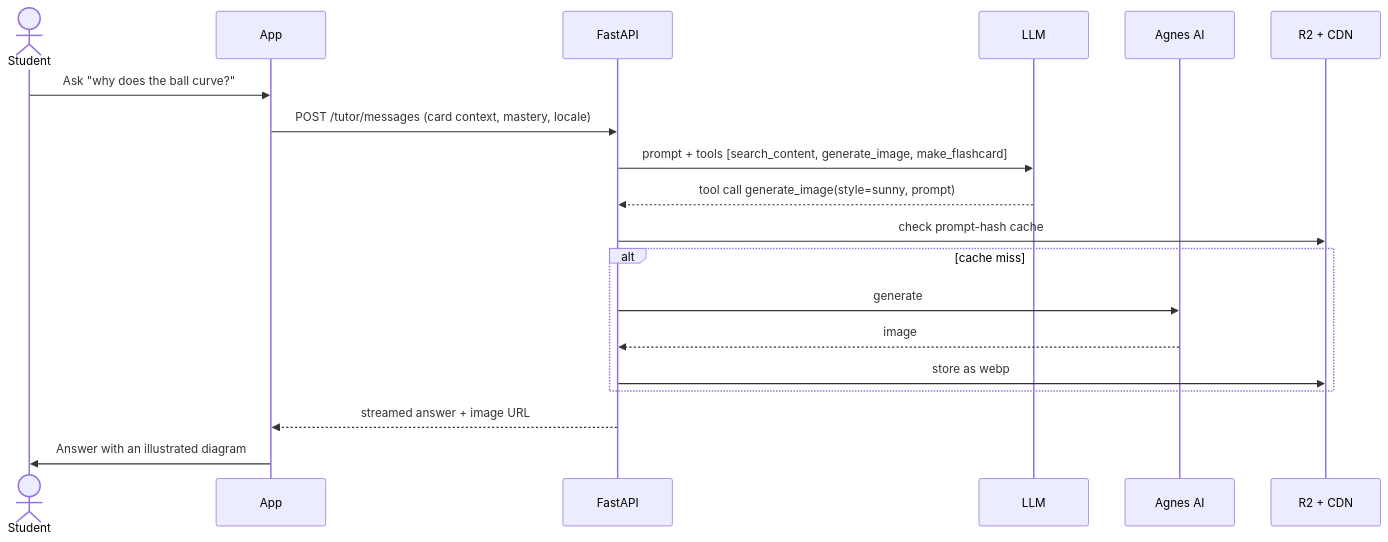
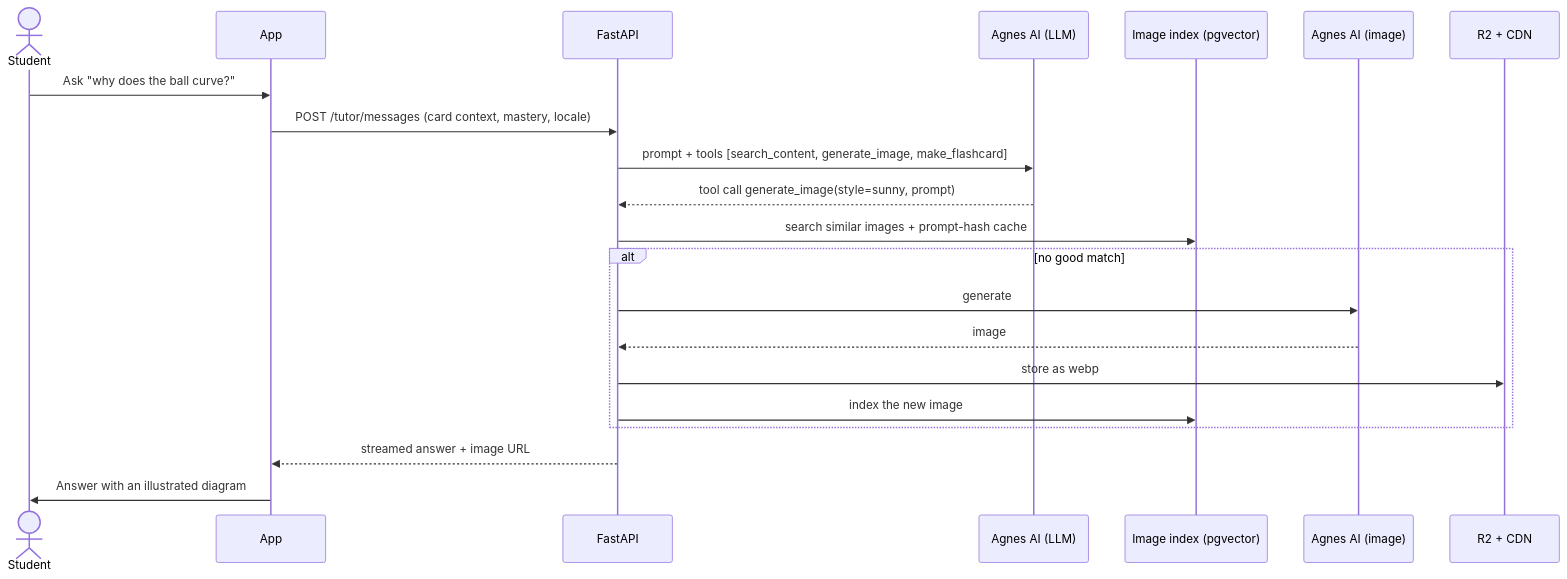
Before and after one commit to saksham1991999/smriti: the ninth of 10 diagrams in docs/APP_FLOW.md, drawn with Mermaid. The commit also changed other lines of this file and 5 other files, not shown here.

First line of the commit message:
Add TRD, database schema and implementation plan

````diff
--- a/docs/APP_FLOW.md
+++ b/docs/APP_FLOW.md
@@ -223,21 +223,23 @@
 ```mermaid
 sequenceDiagram
   actor S as Student
   participant App
   participant API as FastAPI
-  participant LLM
-  participant Agnes as Agnes AI
+  participant LLM as Agnes AI (LLM)
+  participant Idx as Image index (pgvector)
+  participant Agnes as Agnes AI (image)
   participant R2 as R2 + CDN
   S->>App: Ask "why does the ball curve?"
   App->>API: POST /tutor/messages (card context, mastery, locale)
   API->>LLM: prompt + tools [search_content, generate_image, make_flashcard]
   LLM-->>API: tool call generate_image(style=sunny, prompt)
-  API->>R2: check prompt-hash cache
-  alt cache miss
+  API->>Idx: search similar images + prompt-hash cache
+  alt no good match
     API->>Agnes: generate
     Agnes-->>API: image
     API->>R2: store as webp
+    API->>Idx: index the new image
   end
   API-->>App: streamed answer + image URL
   App->>S: Answer with an illustrated diagram
 ```
````
